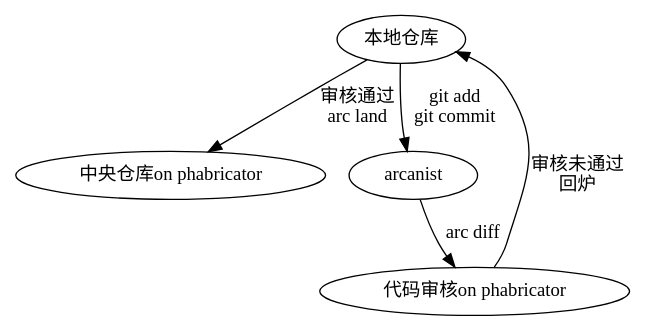
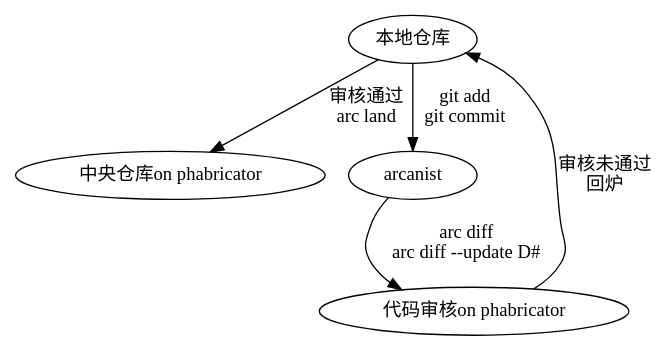
Before and after one commit to subaochen/blog: the diagram in imgs/project-management/arcanist-workflow.dot, drawn with Graphviz.

Commit message:
fix arc diff --update D#

```diff
--- a/imgs/project-management/arcanist-workflow.dot
+++ b/imgs/project-management/arcanist-workflow.dot
@@ -1,12 +1,12 @@
 digraph G {
     local_repo[label="本地仓库"];
     remote_repo[label="中央仓库on phabricator"];
     arcanist[label="arcanist"];
     phabricator[label="代码审核on phabricator"];
 
     local_repo->arcanist[label="git add\ngit commit"];
-    arcanist->phabricator[label="arc diff"];
+    arcanist->phabricator[label="arc diff\narc diff --update D#"];
     phabricator->local_repo[label="审核未通过\n回炉"];
     local_repo->remote_repo[label="审核通过\narc land"];
 
 }
```
